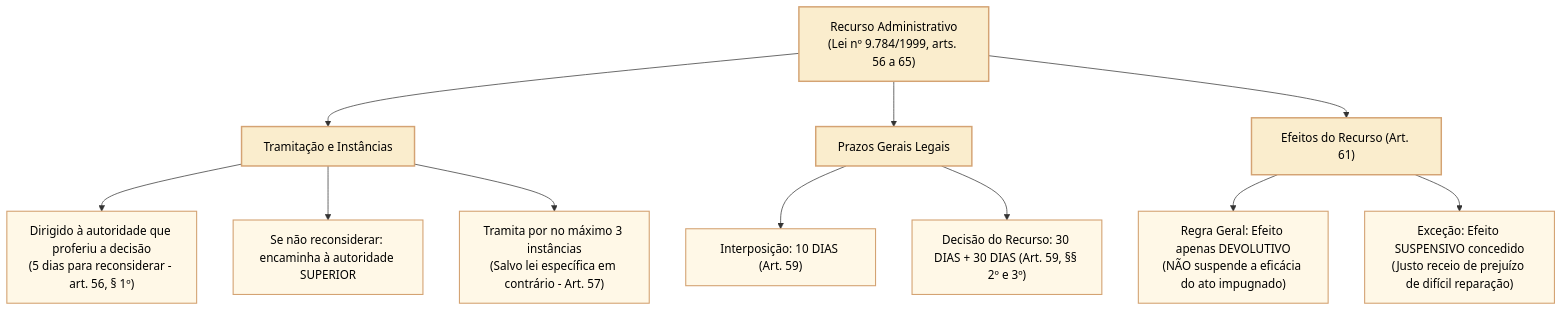
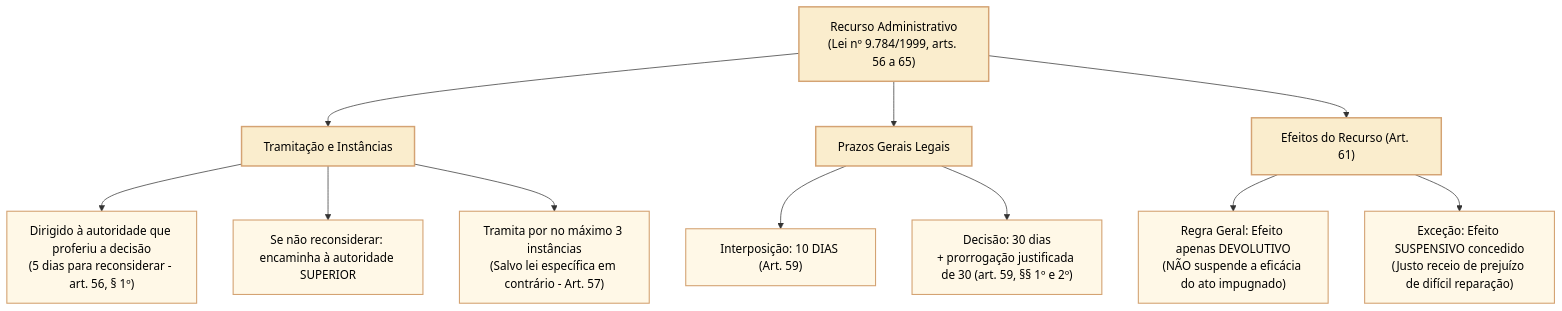
Before and after one commit to leorruas/concursos: the third of 4 diagrams in 3 - Materias/Direito Administrativo/26 - lei 9784 impedimento suspeicao motivacao e recursos.md, drawn with Mermaid. The commit also changed other lines of this file, not shown here.

````diff
--- a/3 - Materias/Direito Administrativo/26 - lei 9784 impedimento suspeicao motivacao e recursos.md
+++ b/3 - Materias/Direito Administrativo/26 - lei 9784 impedimento suspeicao motivacao e recursos.md
@@ -129,21 +129,21 @@
 ```mermaid
 flowchart TD
     classDef raiz fill:#faedcd,stroke:#d4a373,stroke-width:2px,color:#000000;
     classDef criterio fill:#faedcd,stroke:#d4a373,stroke-width:2px,color:#000000;
     classDef opcao fill:#fff8e7,stroke:#d4a373,stroke-width:1.5px,color:#000000;
 
     REC["Recurso Administrativo<br>(Lei nº 9.784/1999, arts. 56 a 65)"]:::raiz
     
     REC --> TRAM["Tramitação e Instâncias"]:::criterio
     TRAM --> DIRIG["Dirigido à autoridade que proferiu a decisão<br>(5 dias para reconsiderar - art. 56, § 1º)"]:::opcao
     TRAM --> ENCAM["Se não reconsiderar: encaminha à autoridade SUPERIOR"]:::opcao
     TRAM --> INST["Tramita por no máximo 3 instâncias<br>(Salvo lei específica em contrário - Art. 57)"]:::opcao
     
     REC --> PRAZ["Prazos Gerais Legais"]:::criterio
     PRAZ --> INTERP["Interposição: 10 DIAS (Art. 59)"]:::opcao
-    PRAZ --> JULGA["Decisão do Recurso: 30 DIAS + 30 DIAS (Art. 59, §§ 2º e 3º)"]:::opcao
+    PRAZ --> JULGA["Decisão: 30 dias<br>+ prorrogação justificada de 30 (art. 59, §§ 1º e 2º)"]:::opcao
     
     REC --> EFET["Efeitos do Recurso (Art. 61)"]:::raiz
     EFET --> DEVOL["Regra Geral: Efeito apenas DEVOLUTIVO<br>(NÃO suspende a eficácia do ato impugnado)"]:::opcao
     EFET --> SUSPE["Exceção: Efeito SUSPENSIVO concedido<br>(Justo receio de prejuízo de difícil reparação)"]:::opcao
 ```
````
